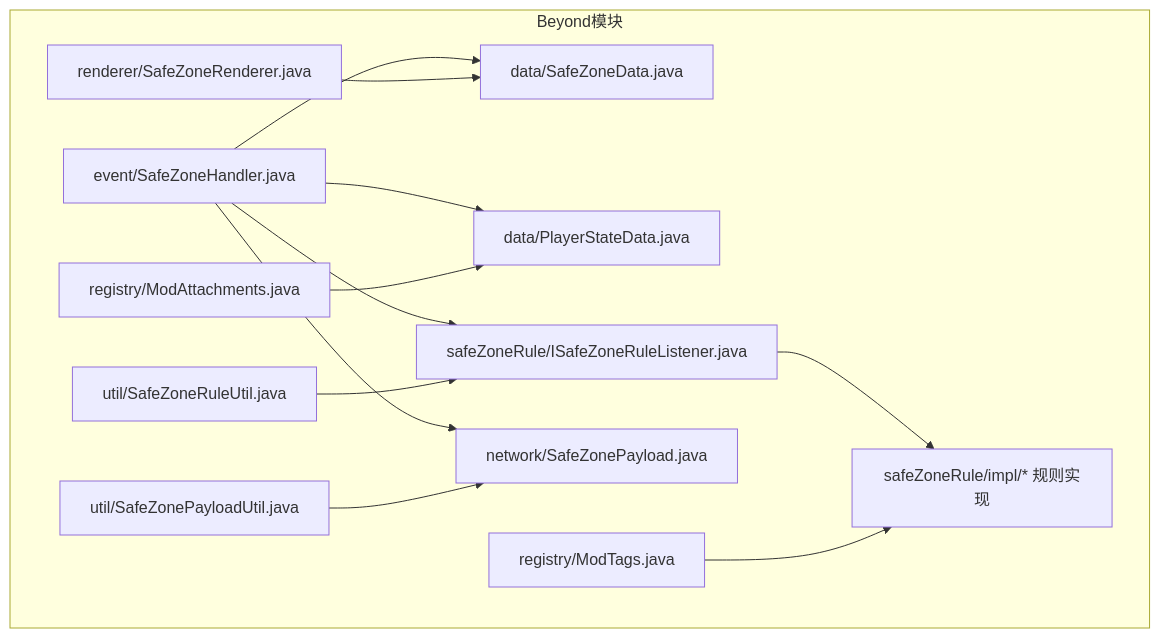
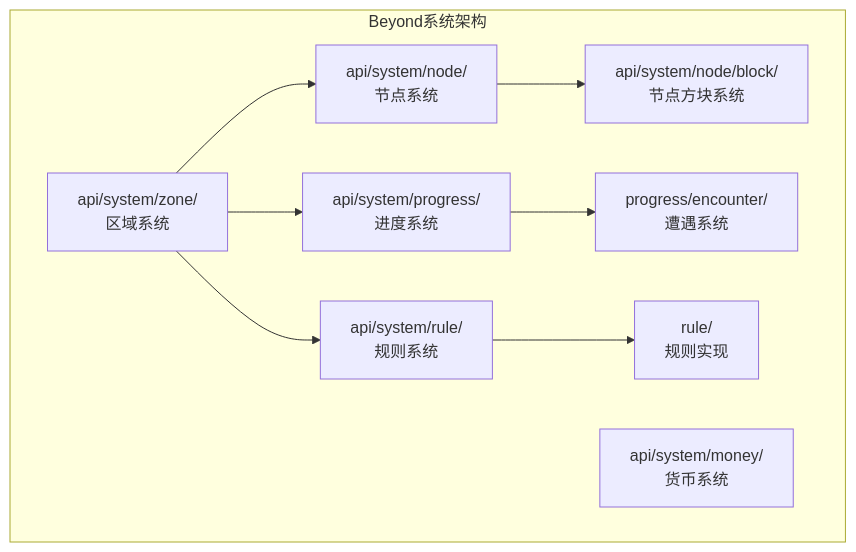
One commit to Ver-shift/SubModulesGeneHunter changed the first of 8 diagrams in .qoder/repowiki/zh/content/模块架构/Beyond安全区模块/Beyond安全区模块.md. Above: the diagram before and after it, drawn with Mermaid. The commit also changed other lines of this file and 42 other files, not shown here.

````diff
--- a/.qoder/repowiki/zh/content/模块架构/Beyond安全区模块/Beyond安全区模块.md
+++ b/.qoder/repowiki/zh/content/模块架构/Beyond安全区模块/Beyond安全区模块.md
@@ -59,26 +69,19 @@
 ```mermaid
 graph TB
-subgraph "Beyond模块"
-A["event/SafeZoneHandler.java"]
-B["data/SafeZoneData.java"]
-C["data/PlayerStateData.java"]
-D["safeZoneRule/ISafeZoneRuleListener.java"]
-E["safeZoneRule/impl/* 规则实现"]
-F["network/SafeZonePayload.java"]
-G["util/SafeZonePayloadUtil.java"]
-H["util/SafeZoneRuleUtil.java"]
-I["registry/ModAttachments.java"]
-J["registry/ModTags.java"]
-K["renderer/SafeZoneRenderer.java"]
+subgraph "Beyond系统架构"
+A["api/system/zone/<br/>区域系统"]
+B["api/system/node/<br/>节点系统"]
+C["api/system/progress/<br/>进度系统"]
+D["api/system/rule/<br/>规则系统"]
+E["api/system/money/<br/>货币系统"]
+F["api/system/node/block/<br/>节点方块系统"]
+G["progress/encounter/<br/>遭遇系统"]
+H["rule/<br/>规则实现"]
 end
 A --> B
 A --> C
 A --> D
-D --> E
-A --> F
-G --> F
-H --> D
-I --> C
-J --> E
-K --> B
+B --> F
+C --> G
+D --> H
 ```
````
